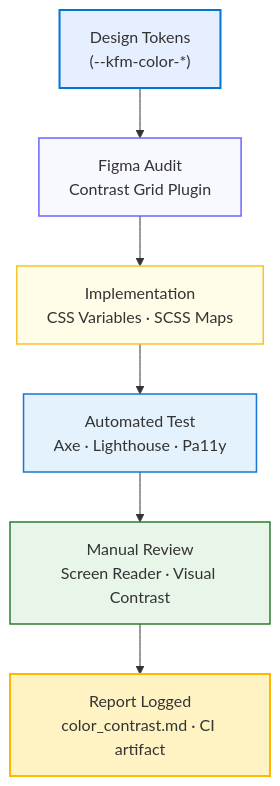
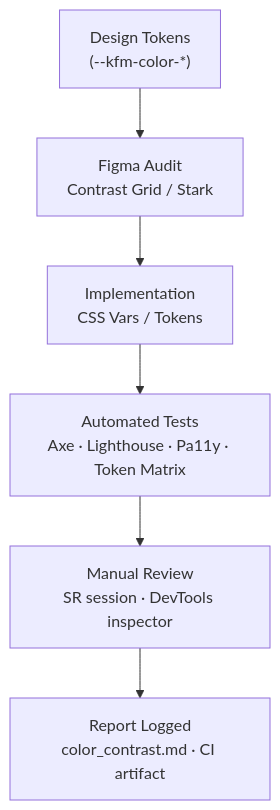
Before and after one commit to bartytime4life/Kansas-Frontier-Matrix: the diagram in docs/design/reviews/accessibility/color_contrast.md, drawn with Mermaid. The commit also changed other lines of this file, not shown here.

First line of the commit message:
Revise accessibility audit for color contrast standards

`````diff
--- a/docs/design/reviews/accessibility/color_contrast.md
+++ b/docs/design/reviews/accessibility/color_contrast.md
@@ -90,17 +186,8 @@
 ```mermaid
 flowchart TD
-  A["Design Tokens\n(--kfm-color-*)"] --> B["Figma Audit\nContrast Grid Plugin"]
-  B --> C["Implementation\nCSS Variables · SCSS Maps"]
-  C --> D["Automated Test\nAxe · Lighthouse · Pa11y"]
-  D --> E["Manual Review\nScreen Reader · Visual Contrast"]
+  A["Design Tokens\n(--kfm-color-*)"] --> B["Figma Audit\nContrast Grid / Stark"]
+  B --> C["Implementation\nCSS Vars / Tokens"]
+  C --> D["Automated Tests\nAxe · Lighthouse · Pa11y · Token Matrix"]
+  D --> E["Manual Review\nSR session · DevTools inspector"]
   E --> F["Report Logged\ncolor_contrast.md · CI artifact"]
-
-  style A fill:#E6EFFF,stroke:#0074D9,stroke-width:2px
-  style B fill:#F8F8FF,stroke:#6C63FF,stroke-width:1.5px
-  style C fill:#FFFDE7,stroke:#FBC02D,stroke-width:1.5px
-  style D fill:#E3F2FD,stroke:#1976D2,stroke-width:1.5px
-  style E fill:#E8F5E9,stroke:#2E7D32,stroke-width:1.5px
-  style F fill:#FFF3C4,stroke:#FFB700,stroke-width:2px
-
-  %% END OF MERMAID
-````
+```
`````
